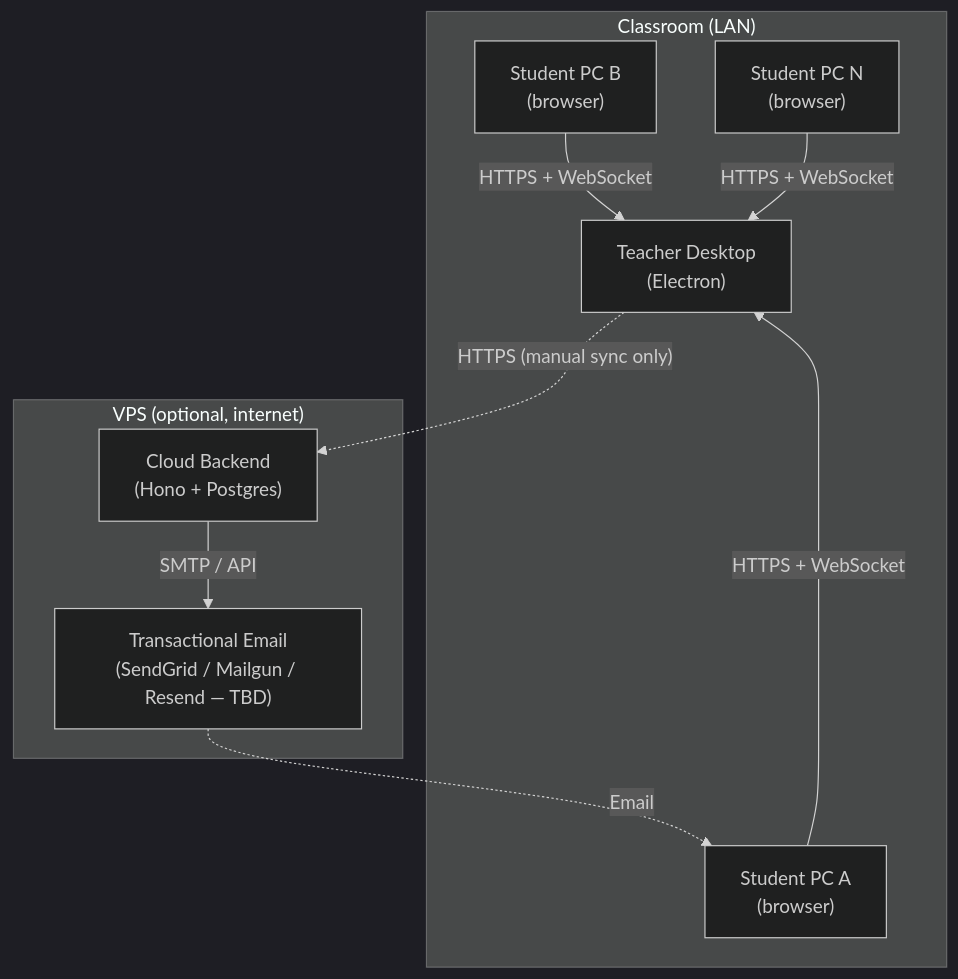
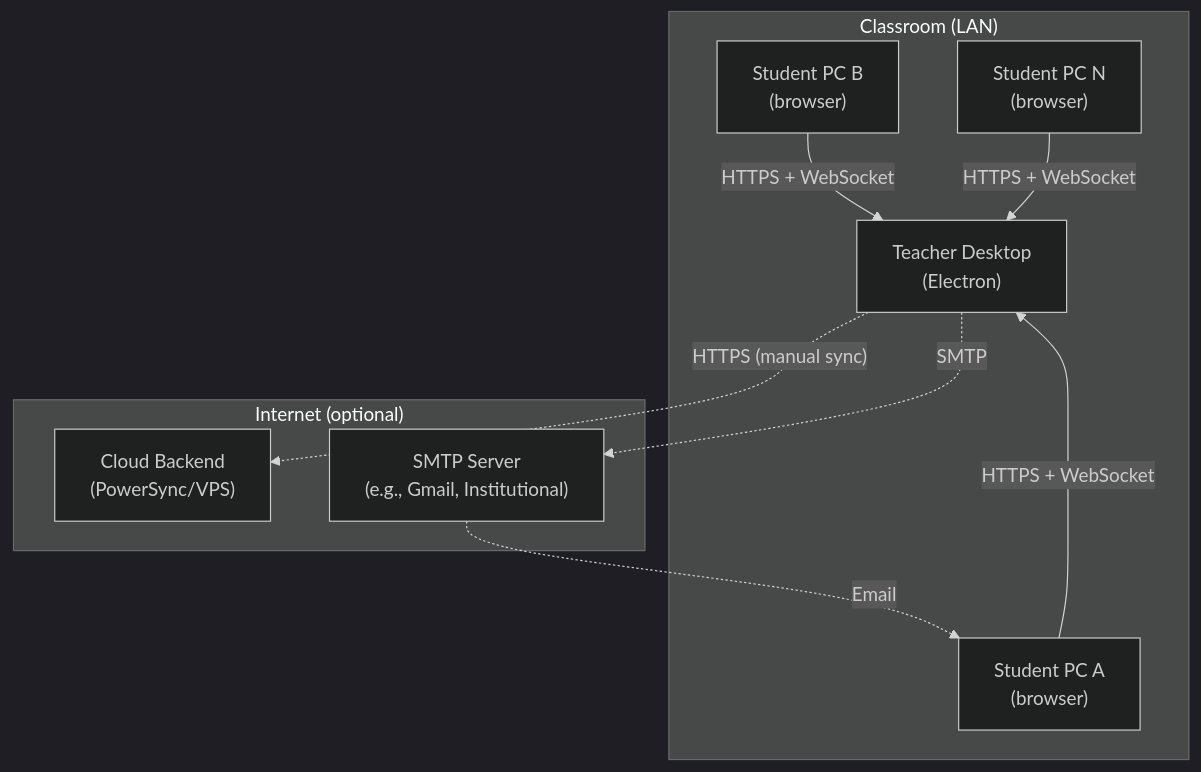
The first of 7 diagrams in docs/architecture.md (Eliezir/OfflineClass), drawn with Mermaid (dark theme) before and after one commit. The commit also changed other lines of this file and 4 other files, not shown here.

````diff
--- a/docs/architecture.md
+++ b/docs/architecture.md
@@ -36,22 +36,22 @@
 ```mermaid
 graph TD
   subgraph Classroom["Classroom (LAN)"]
     Desktop["Teacher Desktop<br/>(Electron)"]
     StudentA["Student PC A<br/>(browser)"]
     StudentB["Student PC B<br/>(browser)"]
     StudentN["Student PC N<br/>(browser)"]
   end
 
-  subgraph VPS["VPS (optional, internet)"]
-    Cloud["Cloud Backend<br/>(Hono + Postgres)"]
-    Email["Transactional Email<br/>(SendGrid / Mailgun / Resend — TBD)"]
+  subgraph Internet["Internet (optional)"]
+    Cloud["Cloud Backend<br/>(PowerSync/VPS)"]
+    SMTPServer["SMTP Server<br/>(e.g., Gmail, Institutional)"]
   end
 
   StudentA -- "HTTPS + WebSocket" --> Desktop
   StudentB -- "HTTPS + WebSocket" --> Desktop
   StudentN -- "HTTPS + WebSocket" --> Desktop
 
-  Desktop -. "HTTPS (manual sync only)" .-> Cloud
-  Cloud -- "SMTP / API" --> Email
-  Email -. "Email" .-> StudentA
+  Desktop -. "HTTPS (manual sync)" .-> Cloud
+  Desktop -. "SMTP" .-> SMTPServer
+  SMTPServer -. "Email" .-> StudentA
 ```
````
